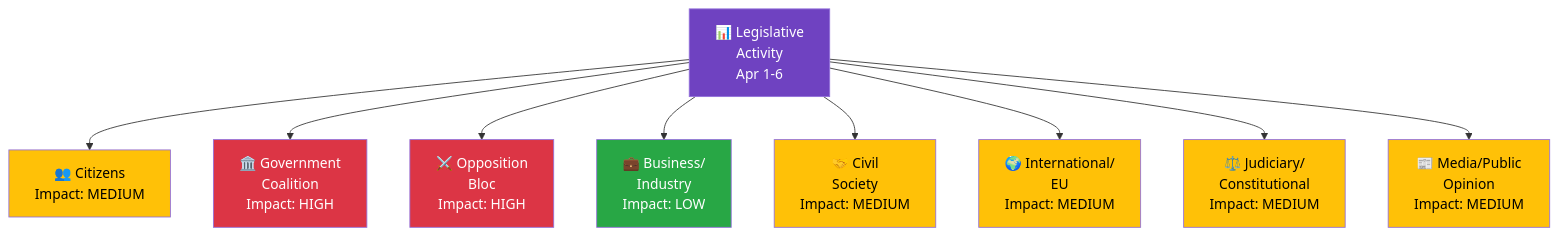
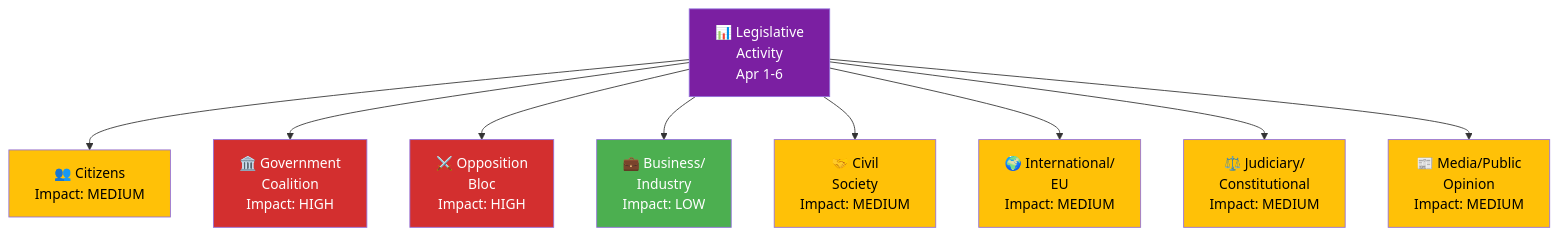
The diagram in analysis/daily/2026-04-06/evening-analysis/stakeholder-perspectives.md (Hack23/riksdagsmonitor), drawn with Mermaid before and after one commit. The commit also changed 785 other files, not shown here.

First line of the commit message:
Normalize mermaid colors across 786 analysis artifacts to ISMS Style Guide palette

````diff
--- a/analysis/daily/2026-04-06/evening-analysis/stakeholder-perspectives.md
+++ b/analysis/daily/2026-04-06/evening-analysis/stakeholder-perspectives.md
@@ -13,20 +13,20 @@
 ```mermaid
 graph TD
     CENTER["📊 Legislative<br/>Activity<br/>Apr 1-6"] --> CIT["👥 Citizens<br/>Impact: MEDIUM"]
     CENTER --> GOV["🏛️ Government<br/>Coalition<br/>Impact: HIGH"]
     CENTER --> OPP["⚔️ Opposition<br/>Bloc<br/>Impact: HIGH"]
     CENTER --> BIZ["💼 Business/<br/>Industry<br/>Impact: LOW"]
     CENTER --> CIV["🤝 Civil<br/>Society<br/>Impact: MEDIUM"]
     CENTER --> INT["🌍 International/<br/>EU<br/>Impact: MEDIUM"]
     CENTER --> JUD["⚖️ Judiciary/<br/>Constitutional<br/>Impact: MEDIUM"]
     CENTER --> MED["📰 Media/Public<br/>Opinion<br/>Impact: MEDIUM"]
-    style CENTER fill:#6f42c1,color:#fff
-    style CIT fill:#ffc107,color:#000
-    style GOV fill:#dc3545,color:#fff
-    style OPP fill:#dc3545,color:#fff
-    style BIZ fill:#28a745,color:#fff
-    style CIV fill:#ffc107,color:#000
-    style INT fill:#ffc107,color:#000
-    style JUD fill:#ffc107,color:#000
-    style MED fill:#ffc107,color:#000
+    style CENTER fill:#7B1FA2,color:#FFFFFF
+    style CIT fill:#FFC107,color:#000000
+    style GOV fill:#D32F2F,color:#FFFFFF
+    style OPP fill:#D32F2F,color:#FFFFFF
+    style BIZ fill:#4CAF50,color:#FFFFFF
+    style CIV fill:#FFC107,color:#000000
+    style INT fill:#FFC107,color:#000000
+    style JUD fill:#FFC107,color:#000000
+    style MED fill:#FFC107,color:#000000
 ```
````
